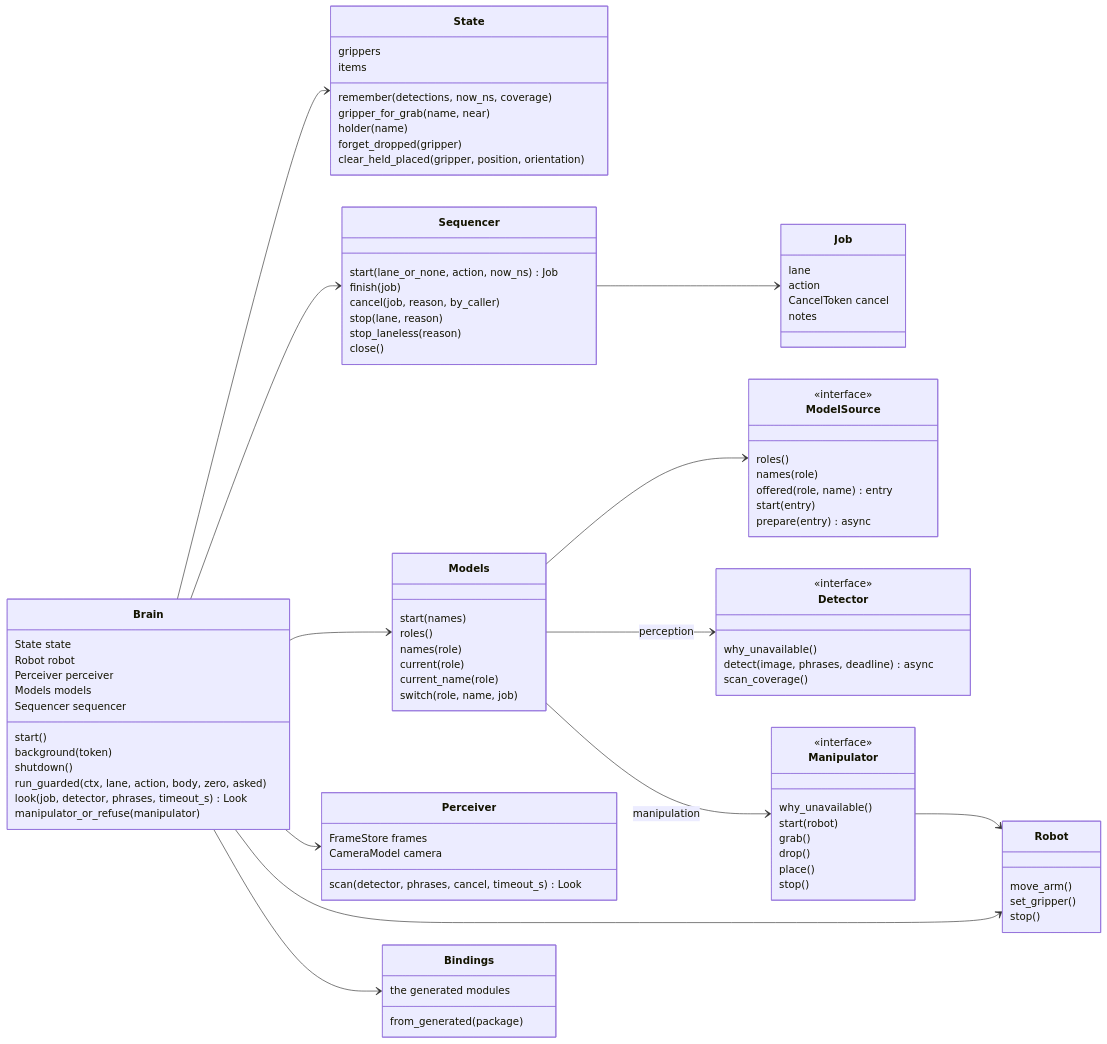
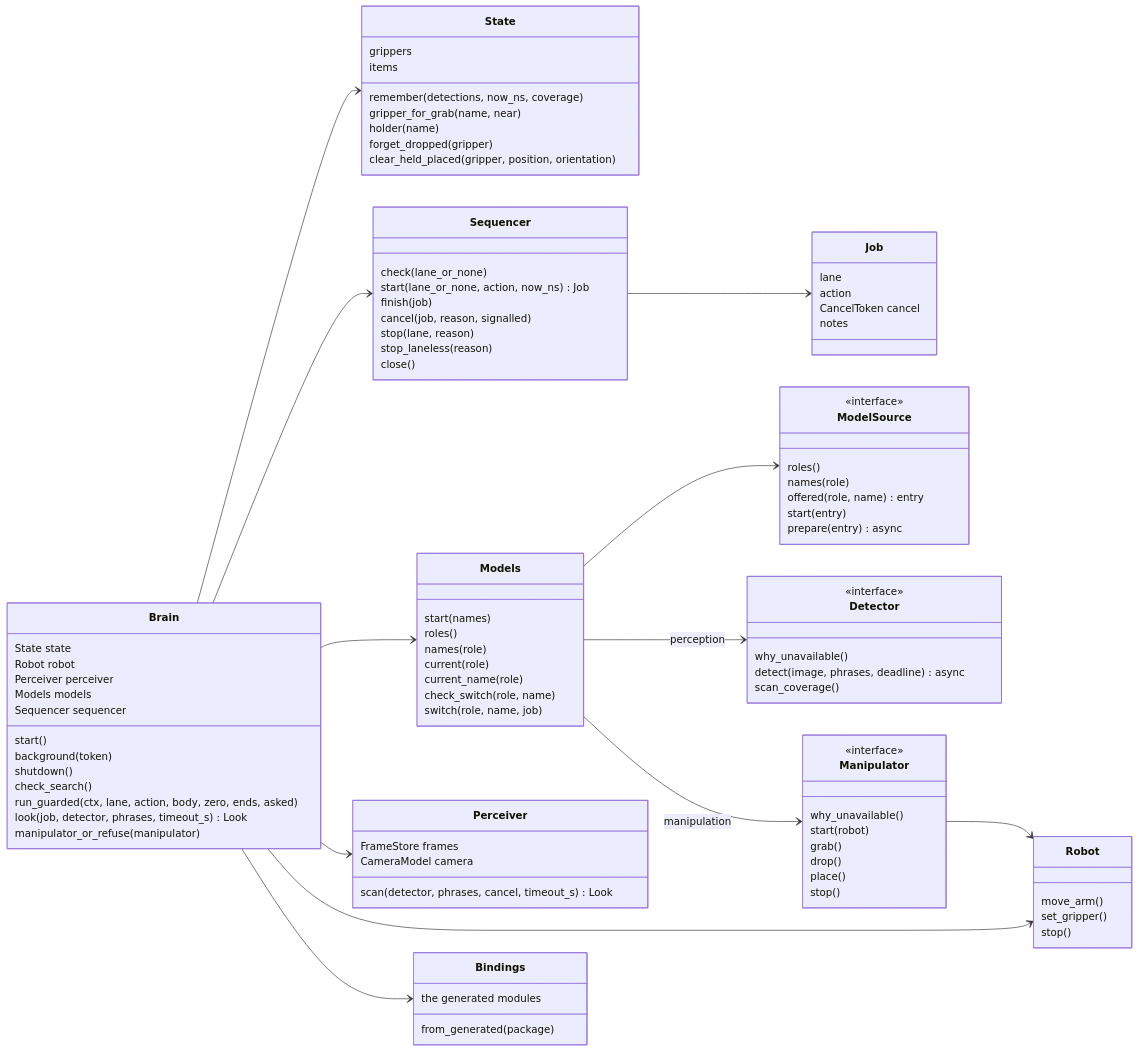
The second of 4 diagrams in brain_core/README.md (Peppy-bot/public-peppy-libs), drawn with Mermaid before and after one commit. The commit also changed other lines of this file and 32 other files, not shown here.

```diff
--- a/brain_core/README.md
+++ b/brain_core/README.md
@@ -135,7 +141,8 @@
         start()
         background(token)
         shutdown()
-        run_guarded(ctx, lane, action, body, zero, asked)
+        check_search()
+        run_guarded(ctx, lane, action, body, zero, ends, asked)
         look(job, detector, phrases, timeout_s) Look
         manipulator_or_refuse(manipulator)
     }
@@ -149,9 +156,10 @@
         clear_held_placed(gripper, position, orientation)
     }
     class Sequencer {
+        check(lane_or_none)
         start(lane_or_none, action, now_ns) Job
         finish(job)
-        cancel(job, reason, by_caller)
+        cancel(job, reason, signalled)
         stop(lane, reason)
         stop_laneless(reason)
         close()
@@ -168,6 +176,7 @@
         names(role)
         current(role)
         current_name(role)
+        check_switch(role, name)
         switch(role, name, job)
     }
     class ModelSource {
```
